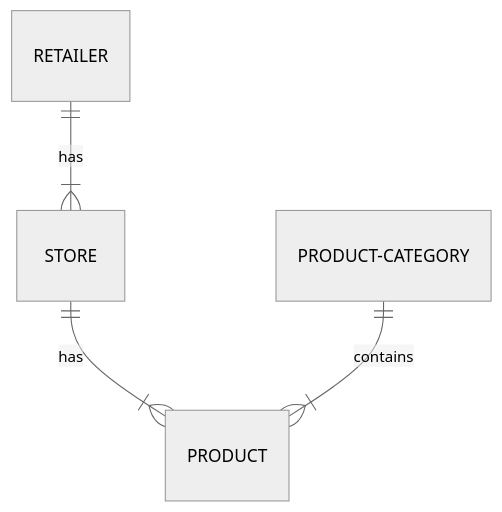
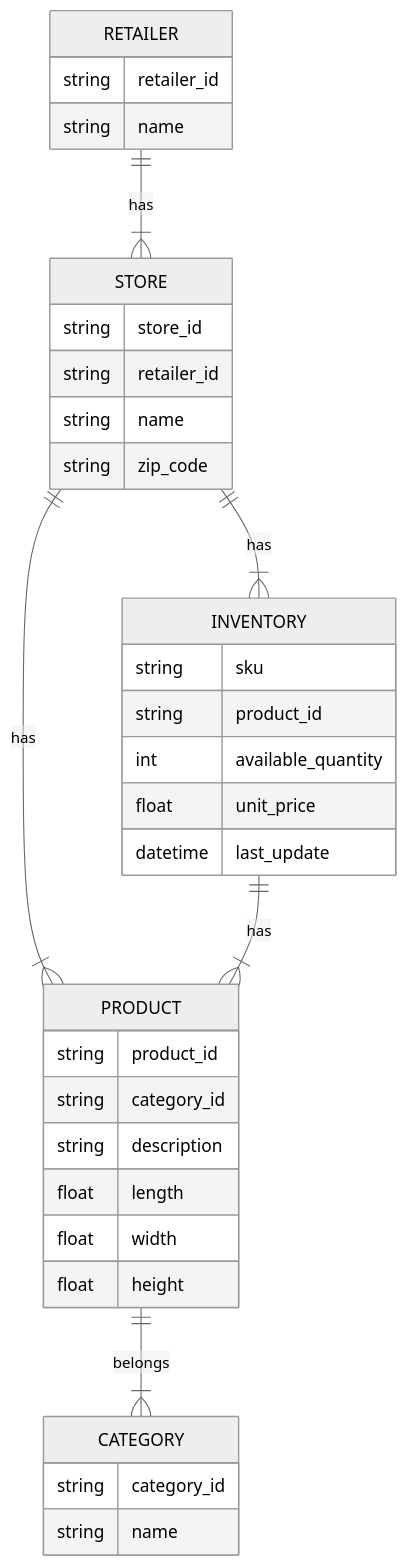
The diagram in docs/dynamodb.md (loudinb/tcr-matl-pa), drawn with Mermaid (neutral theme) before and after one commit.

Commit message:
testing mermaid

````diff
--- a/docs/dynamodb.md
+++ b/docs/dynamodb.md
@@ -3,6 +3,39 @@
 ```mermaid
 erDiagram
           RETAILER ||--|{ STORE : has
+          RETAILER {
+            string retailer_id
+            string name
+          }
           STORE ||--|{ PRODUCT : has
-          PRODUCT-CATEGORY ||--|{ PRODUCT : contains
+          STORE {
+            string store_id
+            string retailer_id
+            string name
+            string zip_code
+          }
+          STORE ||--|{ INVENTORY : has
+          INVENTORY {
+            string sku
+            string product_id
+            int available_quantity
+            float unit_price
+            datetime last_update
+          }
+          INVENTORY ||--|{ PRODUCT : has
+          PRODUCT {
+            string product_id
+            string category_id
+            string description
+            float length
+            float width
+            float height
+          }
+          PRODUCT ||--|{ CATEGORY : belongs
+          CATEGORY {
+            string category_id
+            string name
+          }
+
+          
 ```
````
